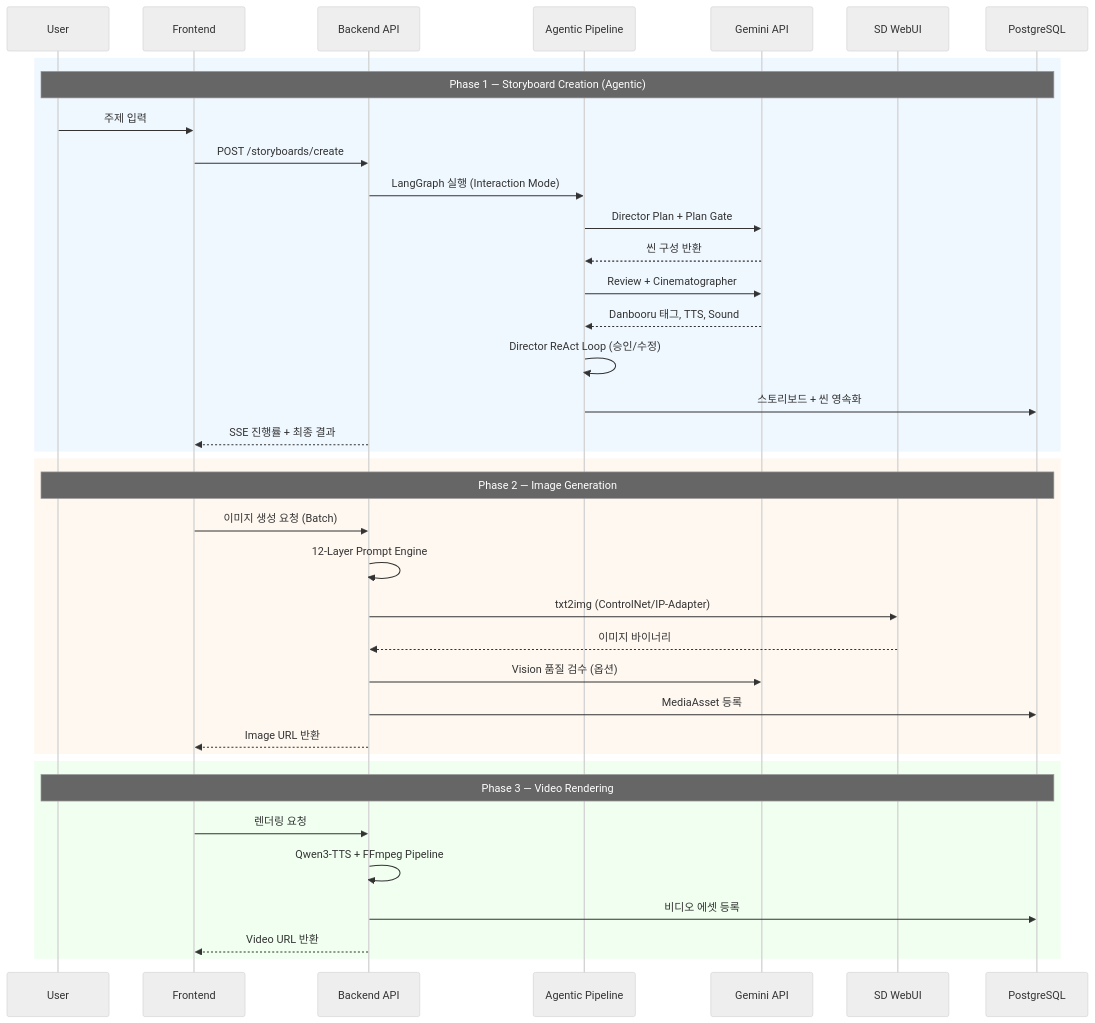
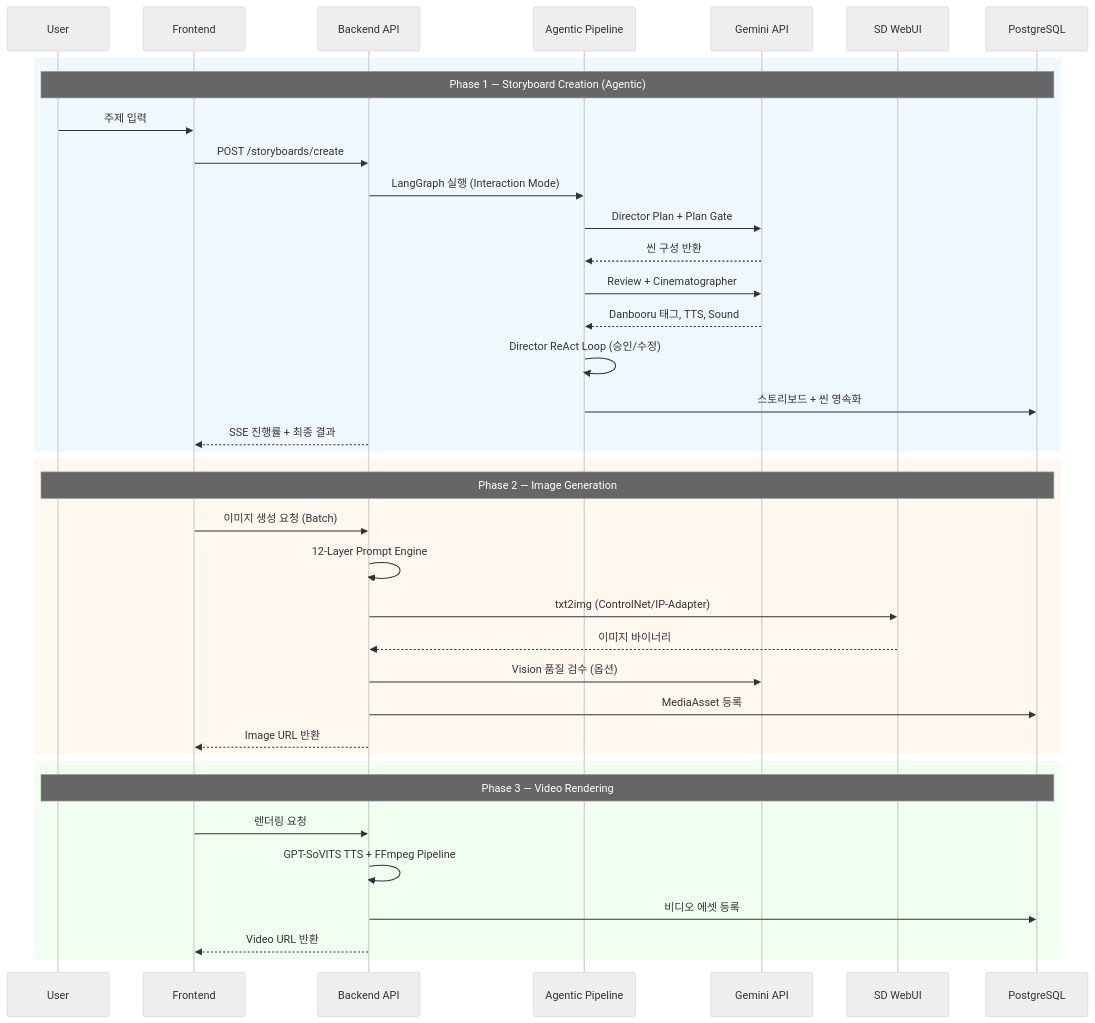
The second of 2 diagrams in docs/03_engineering/architecture/SYSTEM_OVERVIEW.md (tomo-playground/sdd-orchestrator), drawn with Mermaid (neutral theme) before and after one commit. The commit also changed other lines of this file and 2 other files, not shown here.

First line of the commit message:
docs: CLAUDE.md 현행화 + TTS_SETUP + SYSTEM_OVERVIEW 업데이트

````diff
--- a/docs/03_engineering/architecture/SYSTEM_OVERVIEW.md
+++ b/docs/03_engineering/architecture/SYSTEM_OVERVIEW.md
@@ -114,43 +114,43 @@
 ```mermaid
 sequenceDiagram
     participant U as User
     participant F as Frontend
     participant B as Backend API
     participant AG as Agentic Pipeline
     participant Gem as Gemini API
     participant SD as SD WebUI
     participant DB as PostgreSQL
 
     rect rgb(240, 248, 255)
     Note over U,DB: Phase 1 — Storyboard Creation (Agentic)
     U->>F: 주제 입력
     F->>B: POST /storyboards/create
     B->>AG: LangGraph 실행 (Interaction Mode)
     AG->>Gem: Director Plan + Plan Gate
     Gem-->>AG: 씬 구성 반환
     AG->>Gem: Review + Cinematographer
     Gem-->>AG: Danbooru 태그, TTS, Sound
     AG->>AG: Director ReAct Loop (승인/수정)
     AG->>DB: 스토리보드 + 씬 영속화
     B-->>F: SSE 진행률 + 최종 결과
     end
 
     rect rgb(255, 248, 240)
     Note over U,DB: Phase 2 — Image Generation
     F->>B: 이미지 생성 요청 (Batch)
     B->>B: 12-Layer Prompt Engine
     B->>SD: txt2img (ControlNet/IP-Adapter)
     SD-->>B: 이미지 바이너리
     B->>Gem: Vision 품질 검수 (옵션)
     B->>DB: MediaAsset 등록
     B-->>F: Image URL 반환
     end
 
     rect rgb(240, 255, 240)
     Note over U,DB: Phase 3 — Video Rendering
     F->>B: 렌더링 요청
-    B->>B: Qwen3-TTS + FFmpeg Pipeline
+    B->>B: GPT-SoVITS TTS + FFmpeg Pipeline
     B->>DB: 비디오 에셋 등록
     B-->>F: Video URL 반환
     end
 ```
````
